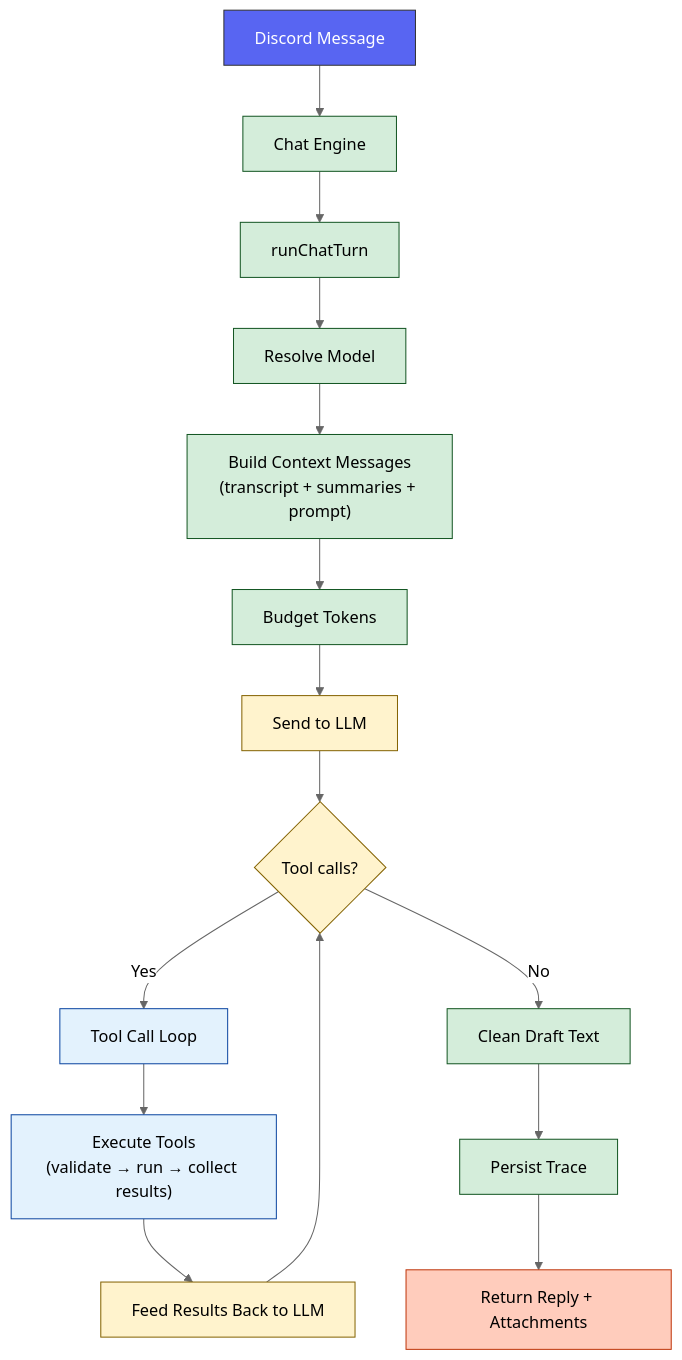
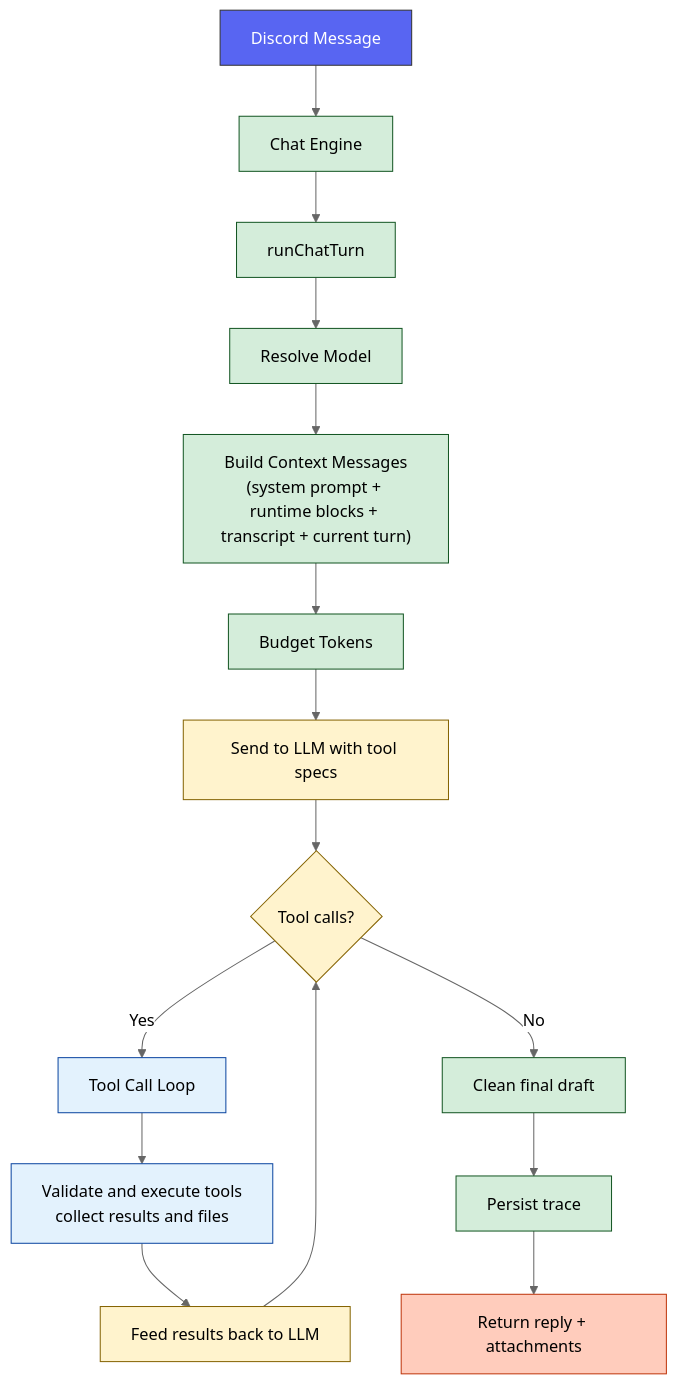
Before and after one commit to BokX1/Sage: the first of 2 diagrams in docs/architecture/PIPELINE.md, drawn with Mermaid (neutral theme). The commit also changed other lines of this file and 22 other files, not shown here.

Commit message:
docs: align repo docs with current runtime

````diff
--- a/docs/architecture/PIPELINE.md
+++ b/docs/architecture/PIPELINE.md
@@ -30,25 +29,25 @@
 ```mermaid
 flowchart TD
     classDef discord fill:#5865f2,stroke:#333,color:white
     classDef runtime fill:#d4edda,stroke:#155724,color:black
     classDef llm fill:#fff3cd,stroke:#856404,color:black
     classDef tools fill:#e3f2fd,stroke:#0d47a1,color:black
     classDef output fill:#ffccbc,stroke:#bf360c,color:black
 
     A[Discord Message]:::discord --> B[Chat Engine]:::runtime
     B --> C[runChatTurn]:::runtime
     C --> D[Resolve Model]:::runtime
-    D --> E["Build Context Messages<br/>(transcript + summaries + prompt)"]:::runtime
+    D --> E["Build Context Messages<br/>(system prompt + runtime blocks + transcript + current turn)"]:::runtime
     E --> F[Budget Tokens]:::runtime
-    F --> G[Send to LLM]:::llm
+    F --> G[Send to LLM with tool specs]:::llm
     G --> H{Tool calls?}:::llm
 
     H -->|Yes| I[Tool Call Loop]:::tools
-    I --> J["Execute Tools<br/>(validate → run → collect results)"]:::tools
-    J --> K[Feed Results Back to LLM]:::llm
+    I --> J["Validate and execute tools<br/>collect results and files"]:::tools
+    J --> K[Feed results back to LLM]:::llm
     K --> H
 
-    H -->|No| L[Clean Draft Text]:::runtime
-    L --> M[Persist Trace]:::runtime
-    M --> N[Return Reply + Attachments]:::output
+    H -->|No| L[Clean final draft]:::runtime
+    L --> M[Persist trace]:::runtime
+    M --> N[Return reply + attachments]:::output
 ```
````
